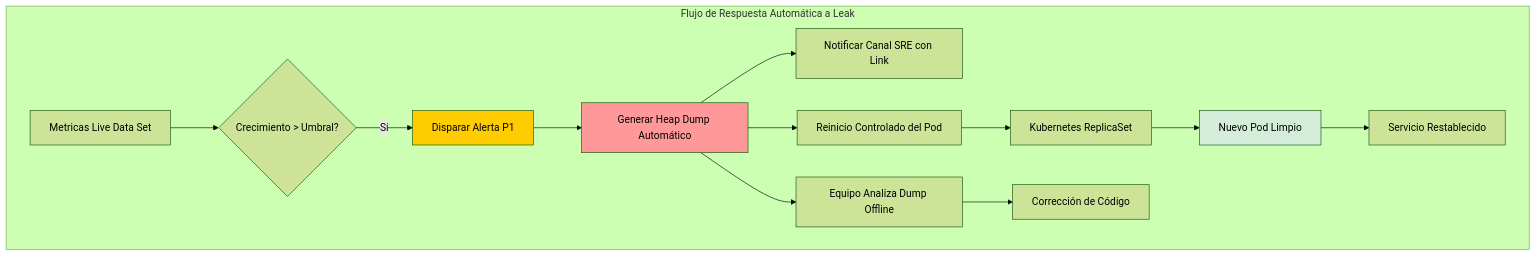
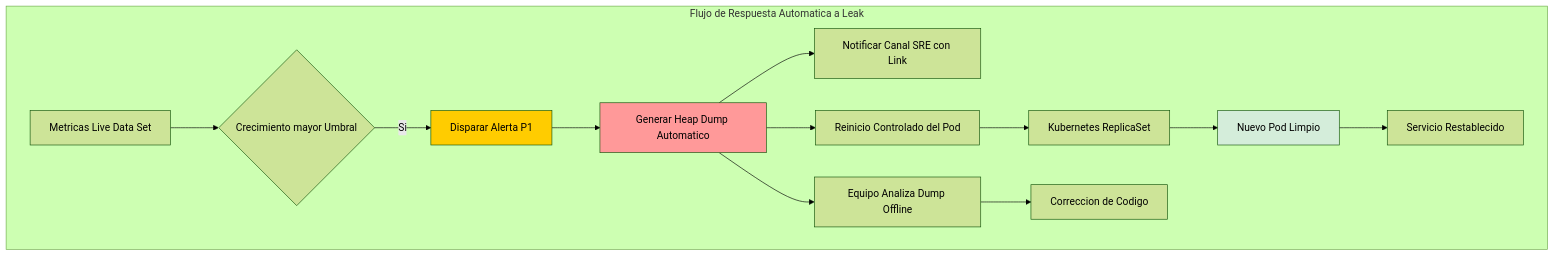
Before and after one commit to Joaquinriosheredia/DAM-Java-Mastery: the third of 4 diagrams in 01_Java_Core/memory_leaks_reales_en_java_deteccion_y_solucion_con_visualvm_STAFF.md, drawn with Mermaid (forest theme). The commit also changed other lines of this file, not shown here.

````diff
--- a/01_Java_Core/memory_leaks_reales_en_java_deteccion_y_solucion_con_visualvm_STAFF.md
+++ b/01_Java_Core/memory_leaks_reales_en_java_deteccion_y_solucion_con_visualvm_STAFF.md
@@ -231,21 +289,21 @@
 ```mermaid
 graph TD
-    subgraph "Flujo de Respuesta Automática a Leak"
-        MON[Metricas Live Data Set] --> CHECK{Crecimiento > Umbral?}
-        CHECK -->|Sí| TRIGGER[Disparar Alerta P1]
-        TRIGGER --> DUMP[Generar Heap Dump Automático]
+    subgraph "Flujo de Respuesta Automatica a Leak"
+        MON[Metricas Live Data Set] --> CHECK{Crecimiento mayor Umbral}
+        CHECK -->|Si| TRIGGER[Disparar Alerta P1]
+        TRIGGER --> DUMP[Generar Heap Dump Automatico]
         DUMP --> NOTIFY[Notificar Canal SRE con Link]
         DUMP --> RESTART[Reinicio Controlado del Pod]
         
         RESTART --> K8S[Kubernetes ReplicaSet]
         K8S --> NEWPOD[Nuevo Pod Limpio]
         NEWPOD --> STABLE[Servicio Restablecido]
         
         DUMP --> ANALYST[Equipo Analiza Dump Offline]
-        ANALYST --> FIX[Corrección de Código]
+        ANALYST --> FIX[Correccion de Codigo]
     end
     
     style TRIGGER fill:#ffcc00
     style DUMP fill:#ff9999
     style NEWPOD fill:#d4edda
 ```
````
